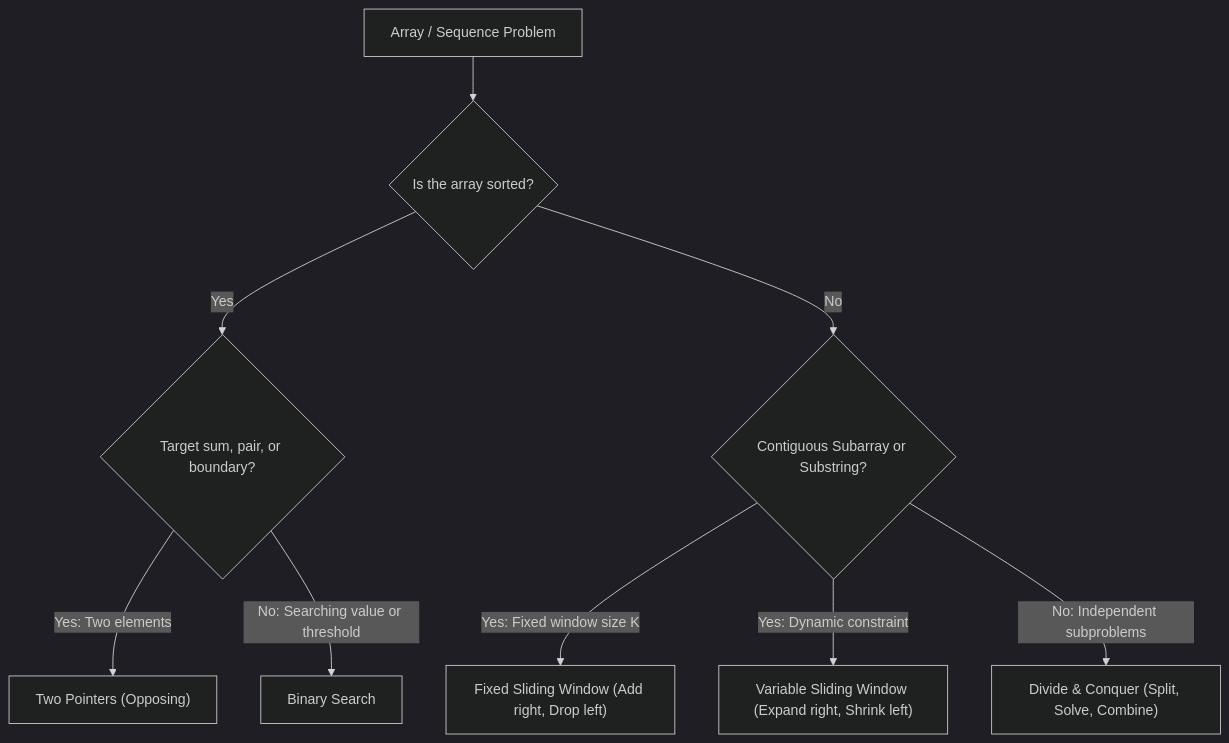
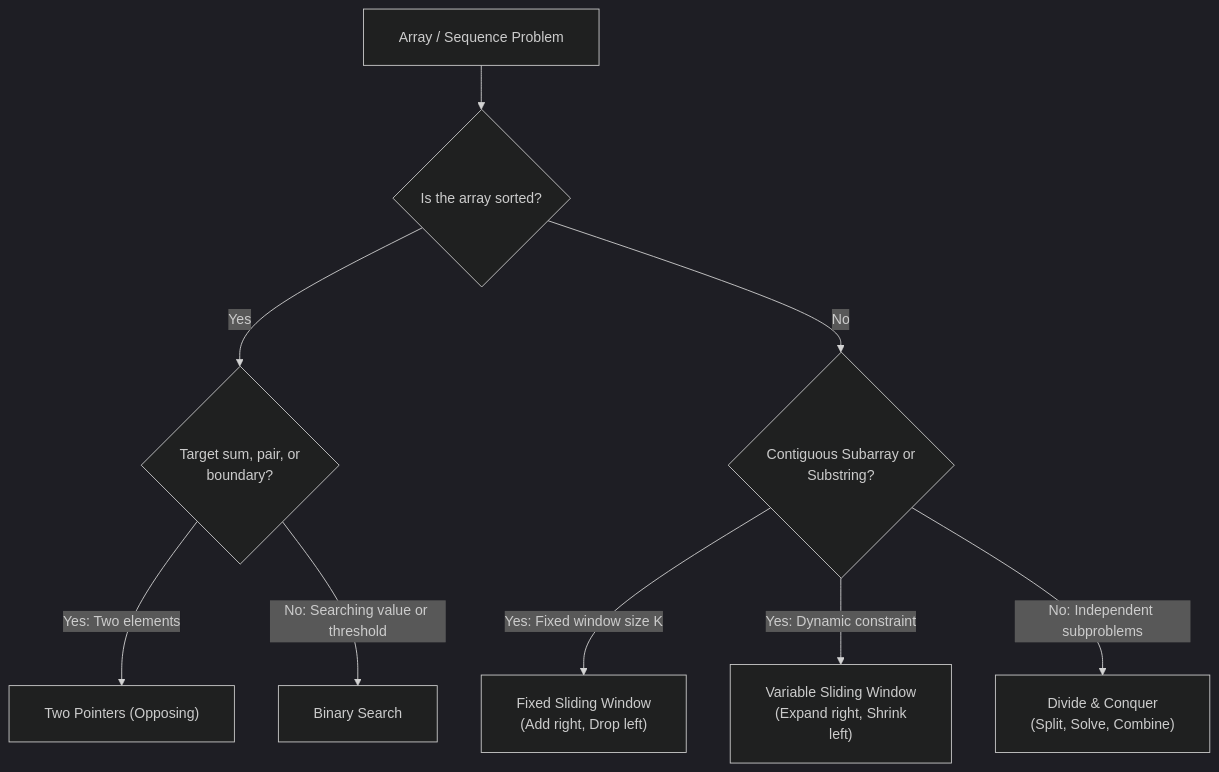
One commit to dip4k/DSA_102 changed the diagram in week_04_core_problem_solving_patterns_i/support files/Week_04_Problem_Solving_Roadmap.md. Above: the diagram before and after it, drawn with Mermaid (dark theme). The commit also changed 108 other files, not shown here.

First line of the commit message:
fix(mermaid): resolve diagram clipping, padding, and syntax issues across repo

````diff
--- a/week_04_core_problem_solving_patterns_i/support files/Week_04_Problem_Solving_Roadmap.md
+++ b/week_04_core_problem_solving_patterns_i/support files/Week_04_Problem_Solving_Roadmap.md
@@ -16,11 +16,12 @@
 ```mermaid
+%%{init: {"flowchart": {"htmlLabels": true, "padding": 20}}}%%
 flowchart TD
     Start["Array / Sequence Problem"] --> Q1{"Is the array sorted?"}
-    Q1 -->|Yes| Q2{"Target sum, pair, or boundary?"}
+    Q1 -->|Yes| Q2{"Target sum, pair, or<br/>boundary?"}
     Q2 -->|Yes: Two elements| P1["Two Pointers (Opposing)"]
     Q2 -->|No: Searching value or threshold| P2["Binary Search"]
-    Q1 -->|No| Q3{"Contiguous Subarray or Substring?"}
-    Q3 -->|Yes: Fixed window size K| P3["Fixed Sliding Window (Add right, Drop left)"]
-    Q3 -->|Yes: Dynamic constraint| P4["Variable Sliding Window (Expand right, Shrink left)"]
-    Q3 -->|No: Independent subproblems| P5["Divide & Conquer (Split, Solve, Combine)"]
+    Q1 -->|No| Q3{"Contiguous Subarray or<br/>Substring?"}
+    Q3 -->|Yes: Fixed window size K| P3["Fixed Sliding Window<br/>(Add right, Drop left)"]
+    Q3 -->|Yes: Dynamic constraint| P4["Variable Sliding Window<br/>(Expand right, Shrink<br/>left)"]
+    Q3 -->|No: Independent subproblems| P5["Divide & Conquer<br/>(Split, Solve, Combine)"]
 ```
````
